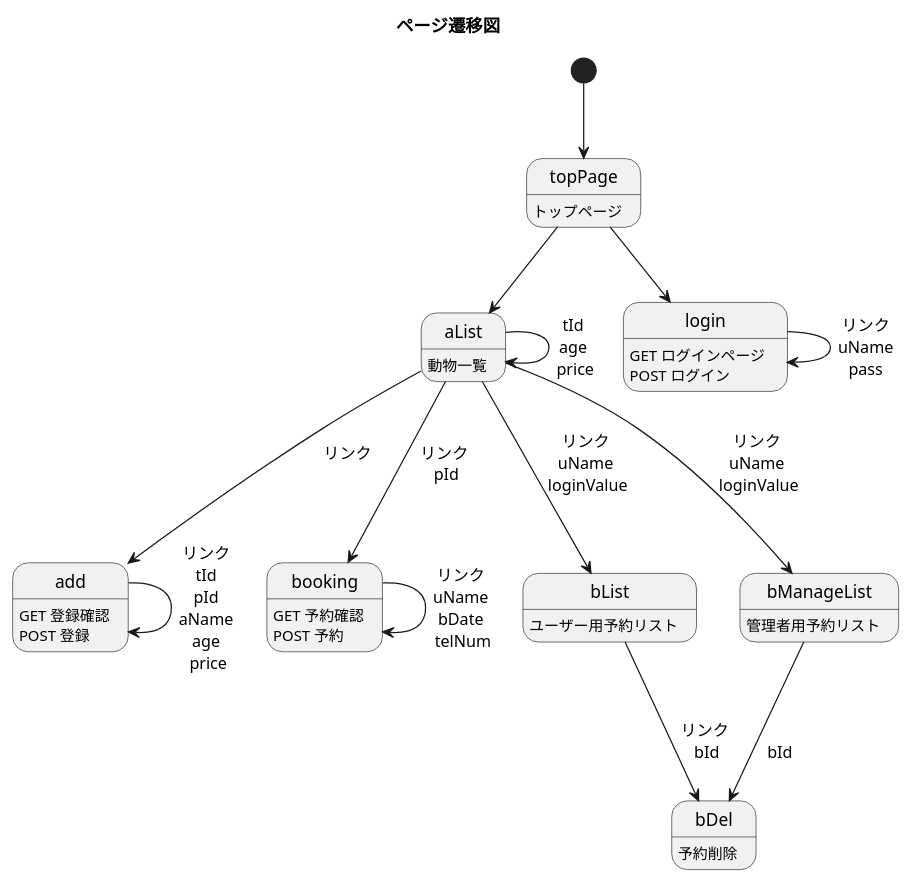
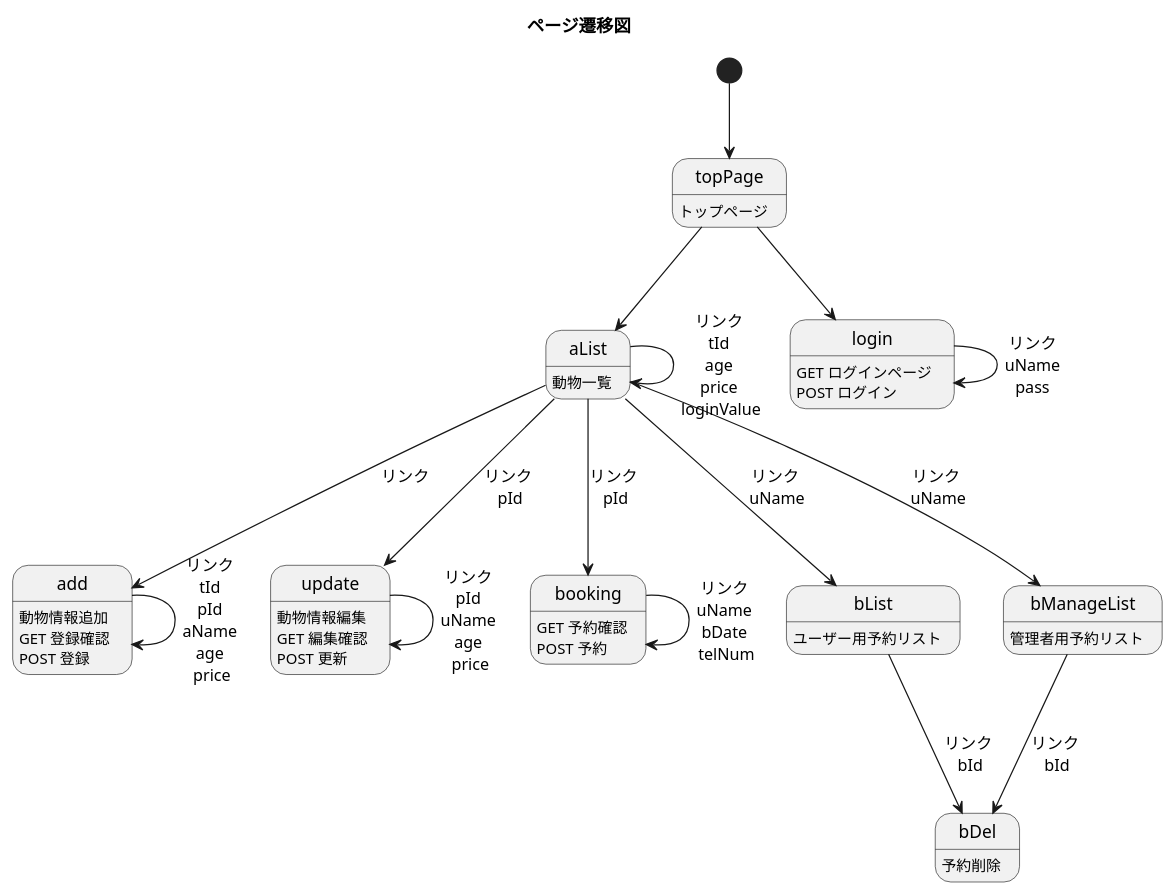
Before and after one commit to Tyamanaka07/WebSystem: the diagram in UML/screenTransitionDiagram.pu, drawn with PlantUML.

Commit message:
画面遷移ver1.1

```diff
--- a/UML/screenTransitionDiagram.pu
+++ b/UML/screenTransitionDiagram.pu
@@ -1,29 +1,32 @@
 @startuml
 title ページ遷移図
 
 topPage : トップページ
 aList : 動物一覧
 login : GET ログインページ \nPOST ログイン
-add : GET 登録確認\nPOST 登録
+add : 動物情報追加 \nGET 登録確認 \nPOST 登録
+update : 動物情報編集 \nGET 編集確認 \nPOST 更新
 booking : GET 予約確認\nPOST 予約
 bDel : 予約削除
 bList : ユーザー用予約リスト
 bManageList : 管理者用予約リスト
 
 
 [*] --> topPage
 topPage --> aList
 topPage --> login
 login --> login : リンク\nuName\npass
 aList --> add : リンク \n
 add --> add : リンク \ntId \npId \naName \nage \nprice
 aList --> booking : リンク \npId
 booking --> booking : リンク \nuName \nbDate \ntelNum
-aList --> bList : リンク \nuName \nloginValue
+aList --> bList : リンク \nuName
 bList --> bDel : リンク \nbId
-aList --> bManageList : リンク \nuName \nloginValue
-bManageList --> bDel : \nbId
-aList --> aList : tId \nage \nprice
+aList --> bManageList : リンク \nuName
+bManageList --> bDel : リンク \nbId
+aList --> aList : リンク \ntId \nage \nprice \nloginValue
+aList --> update : リンク \npId
+update --> update : リンク \npId \nuName \nage \nprice
 
 
 @enduml
```
